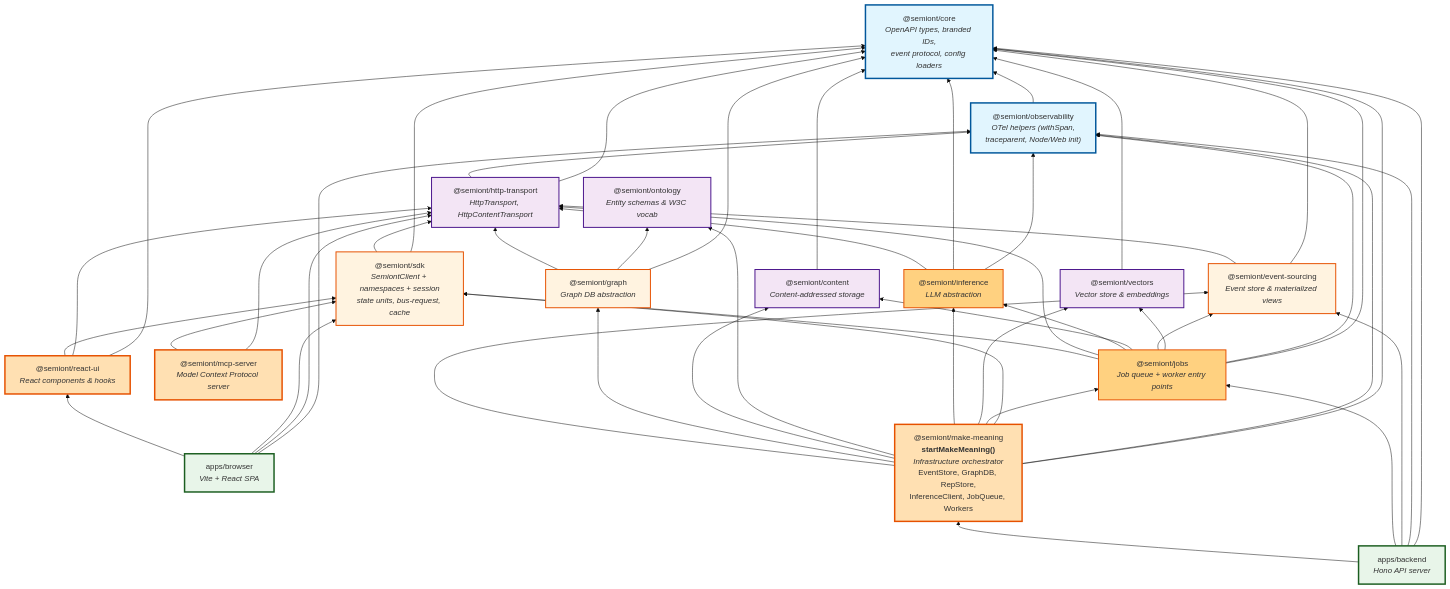
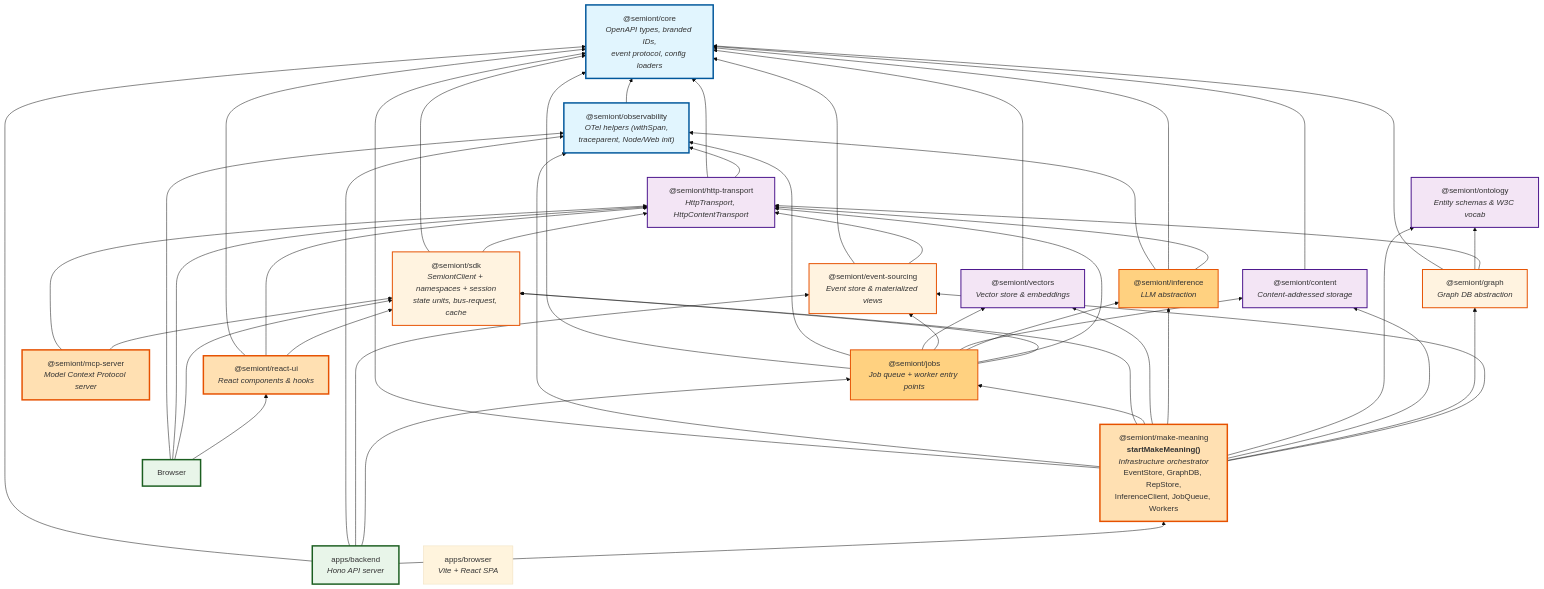
The diagram in docs/system/PACKAGE-ARCHITECTURE.md (The-AI-Alliance/semiont), drawn with Mermaid (base theme) before and after one commit. The commit also changed 98 other files, not shown here.

Commit message:
frontend -> browser, doc updates

````diff
--- a/docs/system/PACKAGE-ARCHITECTURE.md
+++ b/docs/system/PACKAGE-ARCHITECTURE.md
@@ -42,10 +42,10 @@
     backend --> event
     backend --> obs
     backend --> core
-    frontend --> react
-    frontend --> sdk
-    frontend --> api
-    frontend --> obs
+    Browser --> react
+    Browser --> sdk
+    Browser --> api
+    Browser --> obs
 
     %% Application logic dependencies
     meaning --> event
@@ -109,5 +109,5 @@
     class sdk,event,graph_pkg layer2
     class inference,jobs layer3
     class meaning,react,mcp layer4
-    class backend,frontend layer5
+    class backend,Browser layer5
 ```
````
